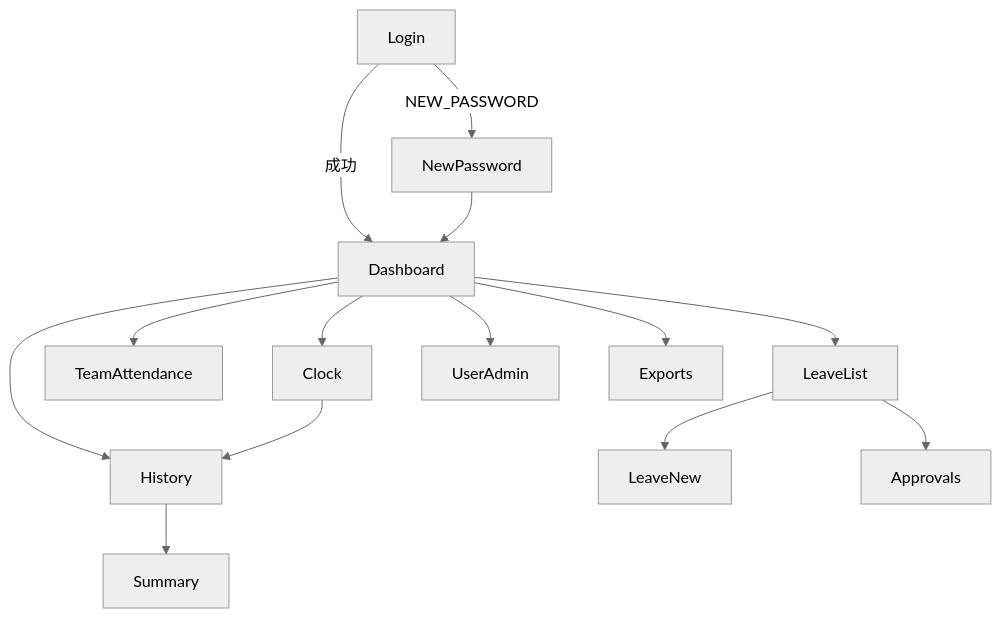
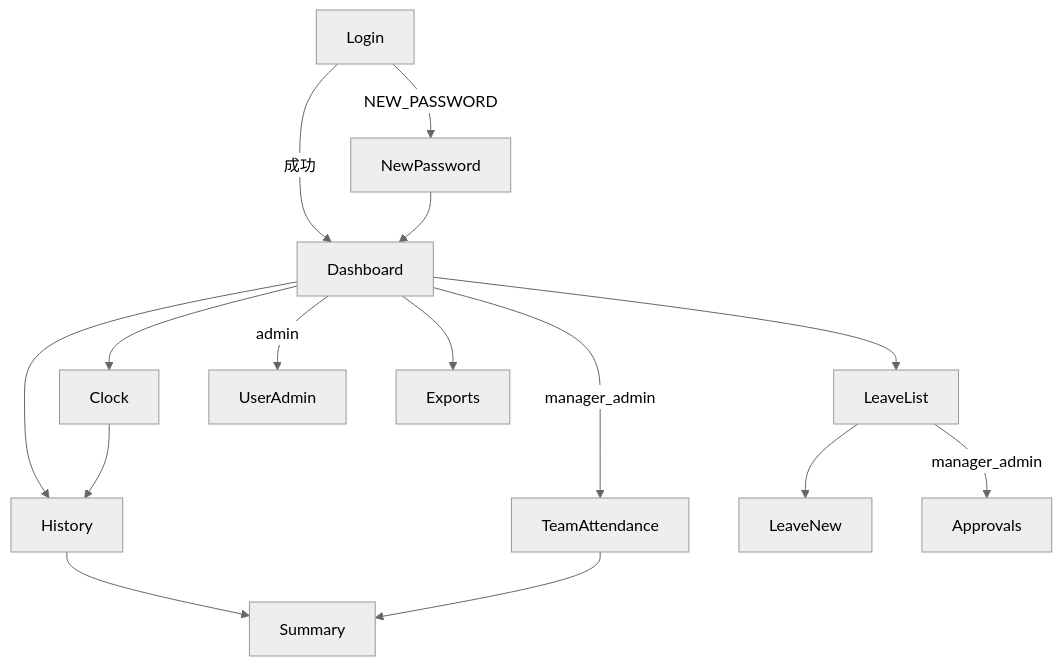
Before and after one commit to NomuraMitsuki/test_AWS: the diagram in docs/ui/screens.md, drawn with Mermaid (neutral theme). The commit also changed other lines of this file and 31 other files, not shown here.

````diff
--- a/docs/ui/screens.md
+++ b/docs/ui/screens.md
@@ -22,16 +22,17 @@
 ```mermaid
 flowchart TD
   S01[Login] -->|成功| S03[Dashboard]
   S01 -->|NEW_PASSWORD| S02[NewPassword]
   S02 --> S03
   S03 --> S04[Clock]
   S03 --> S05[History]
-  S03 --> S07[TeamAttendance]
+  S03 -->|manager_admin| S07[TeamAttendance]
   S03 --> S08[LeaveList]
-  S03 --> S11[UserAdmin]
+  S03 -->|admin| S11[UserAdmin]
   S03 --> S12[Exports]
   S04 --> S05
   S05 --> S06[Summary]
+  S07 --> S06
   S08 --> S09[LeaveNew]
-  S08 --> S10[Approvals]
+  S08 -->|manager_admin| S10[Approvals]
 ```
````
